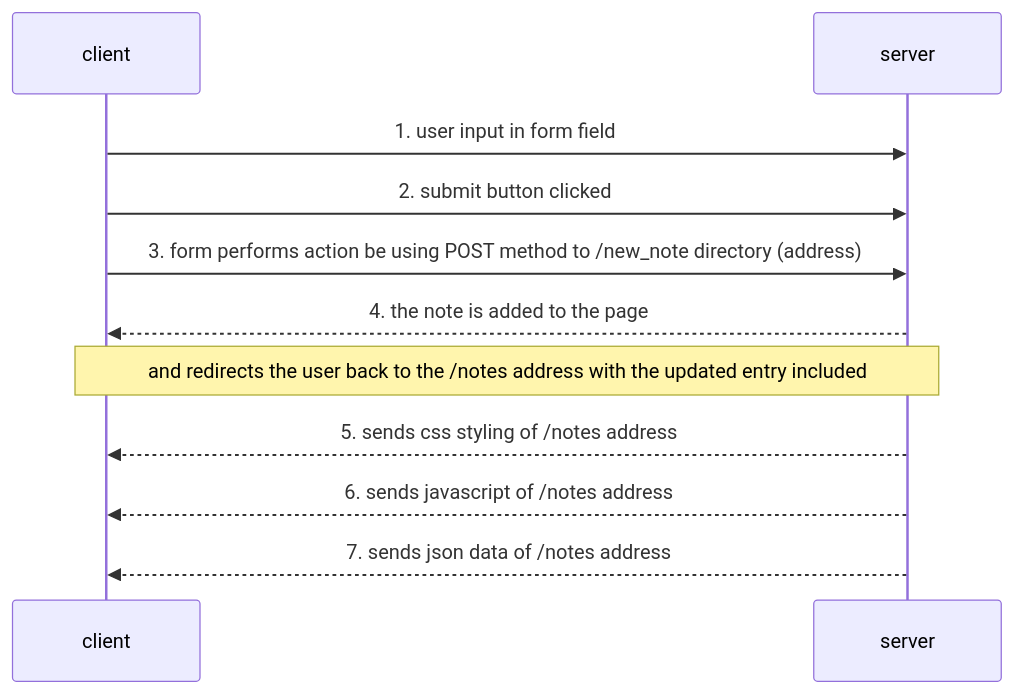
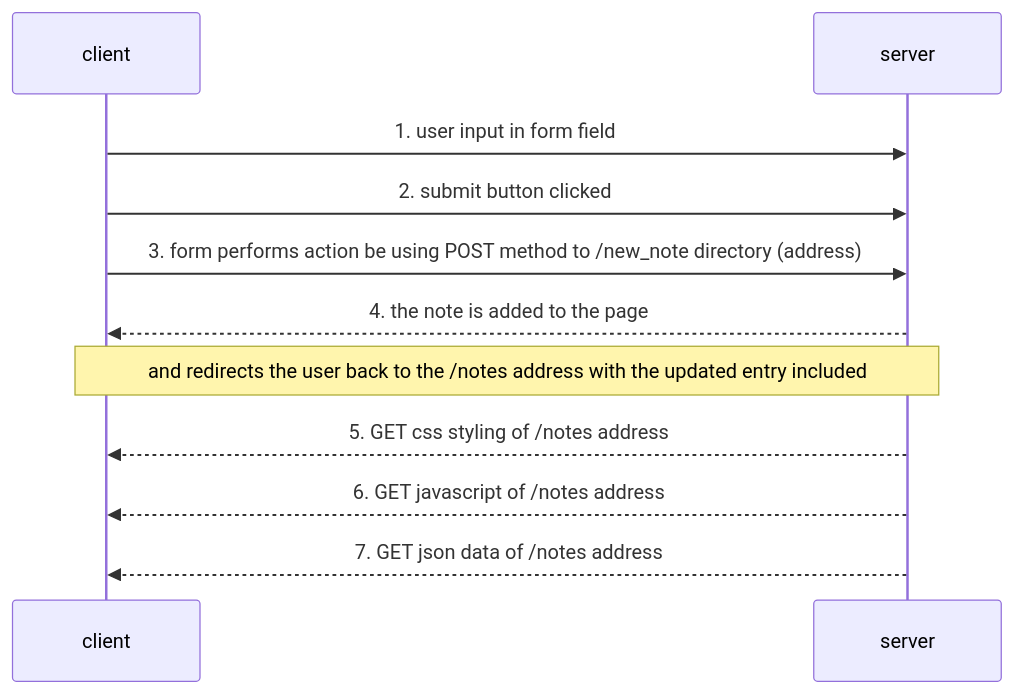
Before and after one commit to theDapperFoxtrot/fullstackopen-part0-exercises: the diagram in README.md, drawn with Mermaid.

````diff
--- a/README.md
+++ b/README.md
@@ -8,13 +8,13 @@
 ```mermaid
 sequenceDiagram
     participant client
     participant server
     client->>server: 1. user input in form field 
     client->>server: 2. submit button clicked 
     client->>server: 3. form performs action be using POST method to /new_note directory (address)
     server-->>client: 4. the note is added to the page
     Note over server, client: and redirects the user back to the /notes address with the updated entry included
-    server-->>client: 5. sends css styling of /notes address
-    server-->>client: 6. sends javascript of /notes address
-    server-->>client: 7. sends json data of /notes address
+    server-->>client: 5. GET css styling of /notes address
+    server-->>client: 6. GET javascript of /notes address
+    server-->>client: 7. GET json data of /notes address
 ```
````
